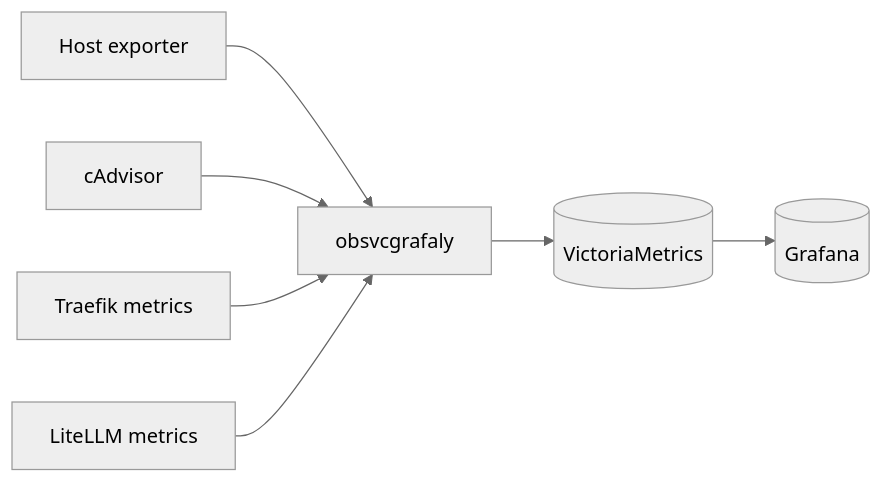
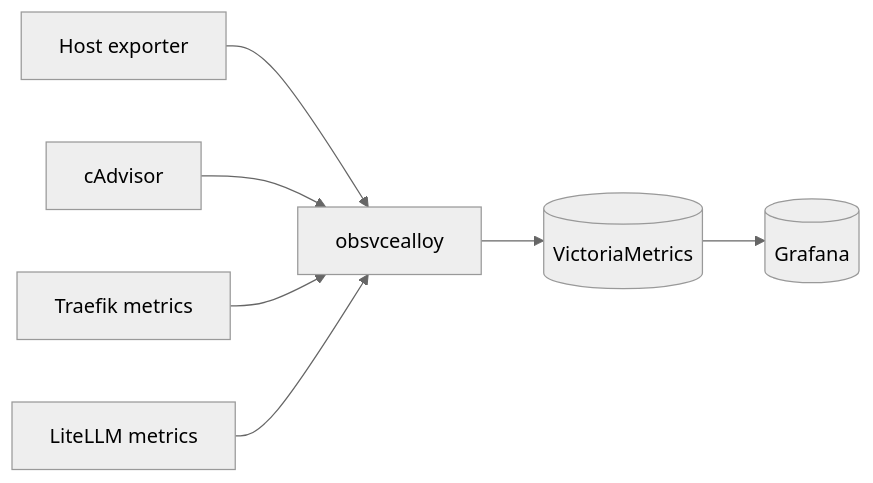
One commit to yongxinL/servicehub changed the fifth of 7 diagrams in docs/architecture/DATA-FLOW.md. Above: the diagram before and after it, drawn with Mermaid (neutral theme). The commit also changed other lines of this file and 52 other files, not shown here.

````diff
--- a/docs/architecture/DATA-FLOW.md
+++ b/docs/architecture/DATA-FLOW.md
@@ -112,9 +112,9 @@
 ```mermaid
 flowchart LR
-    Host[Host exporter] --> Alloy[obsvcgrafaly]
+    Host[Host exporter] --> Alloy[obsvcealloy]
     Containers[cAdvisor] --> Alloy
     Traefik[Traefik metrics] --> Alloy
     LiteLLM[LiteLLM metrics] --> Alloy
     Alloy --> VM[(VictoriaMetrics)]
     VM --> Grafana[(Grafana)]
 ```
````
